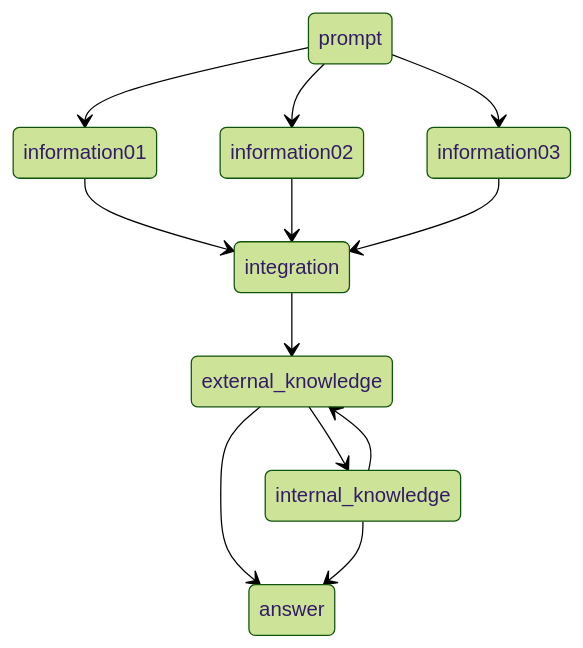
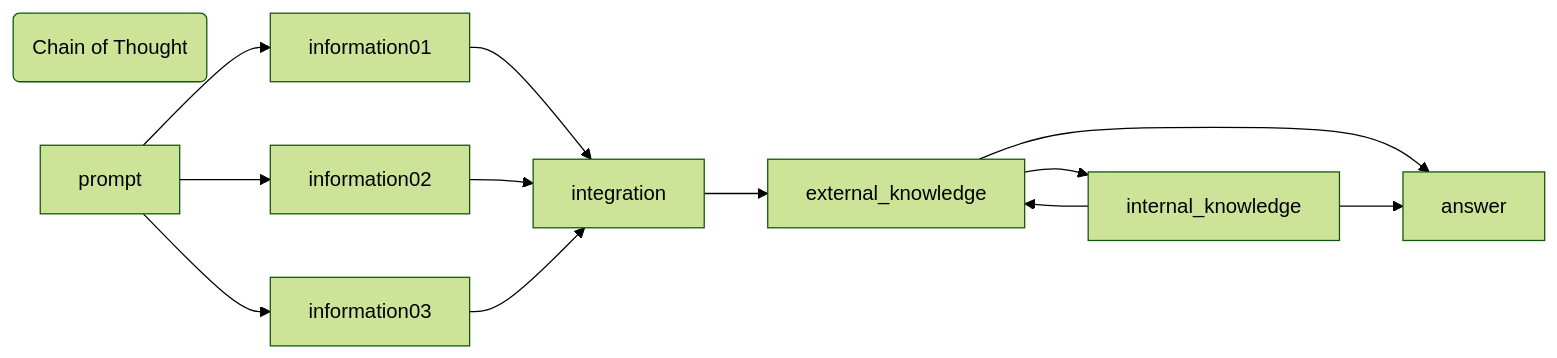
The first of 2 diagrams in README.md (HR-ChatGPT/ChatGPT-UITGELEGD), drawn with Mermaid (forest theme) before and after one commit. The commit also changed other lines of this file, not shown here.

````diff
--- a/README.md
+++ b/README.md
@@ -562,14 +562,17 @@
 ```mermaid
-stateDiagram-v2
+
+flowchart LR
+    id1(Chain of Thought)
+
     prompt --> information01
     prompt --> information02
     prompt --> information03
    information01 -->integration
    information02 -->integration
    information03 -->integration
    integration --> external_knowledge
    external_knowledge --> answer
    internal_knowledge --> answer
    internal_knowledge --> external_knowledge
    external_knowledge --> internal_knowledge
 ```
````
